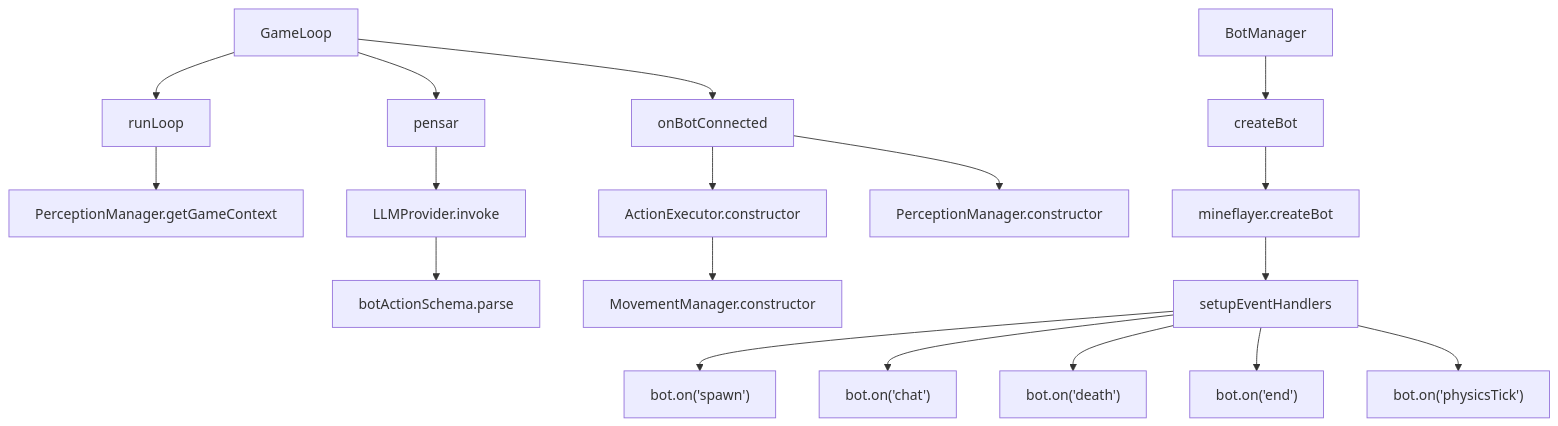
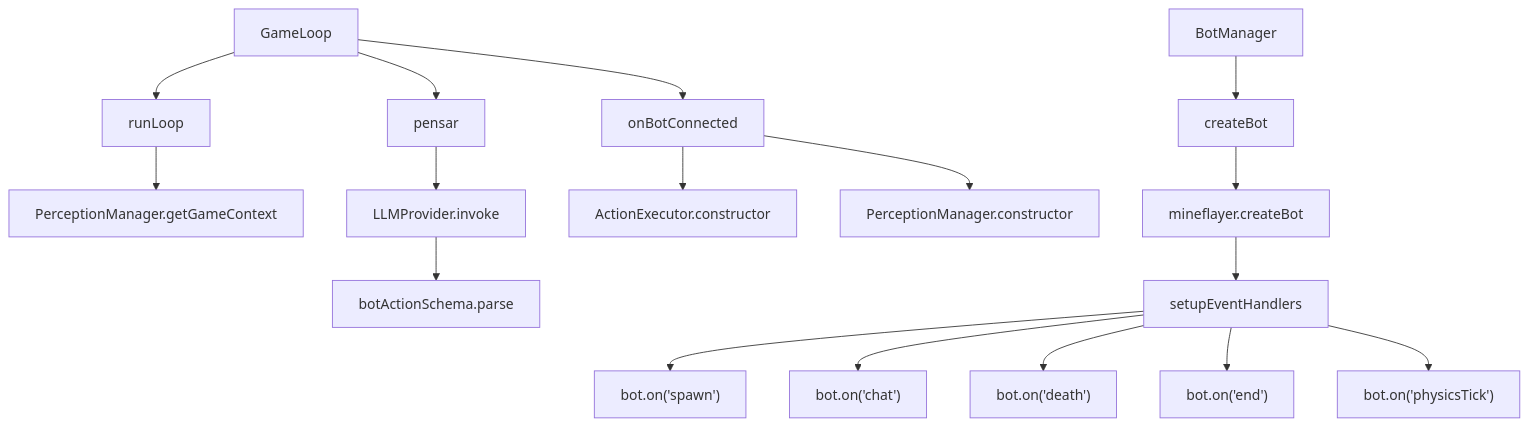
Before and after one commit to jvras58/minecraft-langchain-ts: the third of 4 diagrams in docs/Architecture.md, drawn with Mermaid. The commit also changed other lines of this file, not shown here.

Commit message:
refatorar: atualizar diagramas de arquitetura para refletir mudanças no ActionExecutor e remover MovementManager

````diff
--- a/docs/Architecture.md
+++ b/docs/Architecture.md
@@ -57,20 +53,19 @@
 ```mermaid
 graph TD
     A[GameLoop] --> B[runLoop]
     A --> C[pensar]
     A --> D[onBotConnected]
     B --> E[PerceptionManager.getGameContext]
     C --> F[LLMProvider.invoke]
     F --> G[botActionSchema.parse]
     D --> H[ActionExecutor.constructor]
     D --> I[PerceptionManager.constructor]
-    H --> J[MovementManager.constructor]
     K[BotManager] --> L[createBot]
     L --> M[mineflayer.createBot]
     M --> N[setupEventHandlers]
     N --> O["bot.on('spawn')"]
     N --> P["bot.on('chat')"]
     N --> Q["bot.on('death')"]
     N --> R["bot.on('end')"]
     N --> S["bot.on('physicsTick')"]
 ```
````
